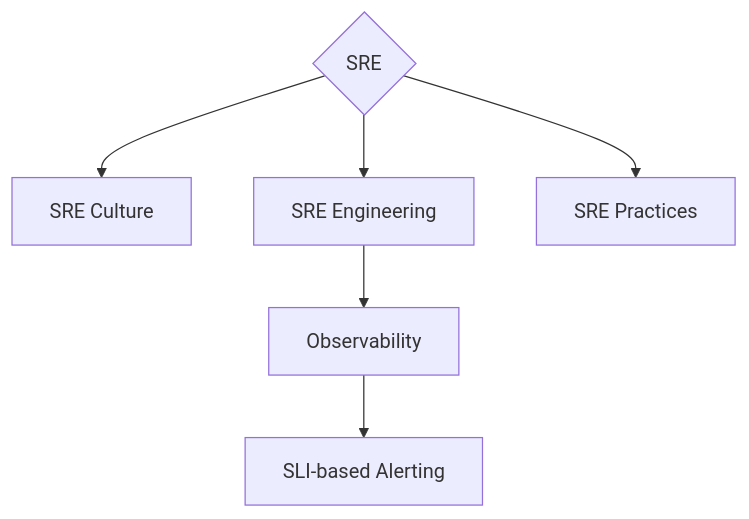
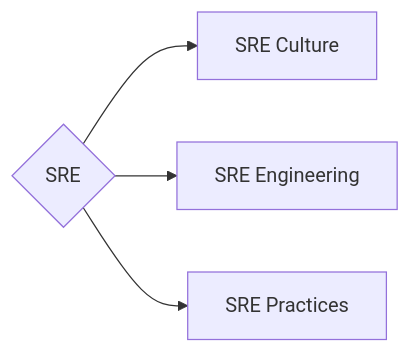
Before and after one commit to jtprogru/The-Way-of-SRE: the diagram in README.md, drawn with Mermaid. The commit also changed other lines of this file, not shown here.

````diff
--- a/README.md
+++ b/README.md
@@ -33,16 +34,11 @@
 ```mermaid
-graph TD
+graph LR
     SRE{SRE}
     SRE --> SRECulture[SRE Culture]
     SRE --> SREEngineering[SRE Engineering]
     SRE --> SREPractices[SRE Practices]
 
-    SREEngineering --> Observability[Observability]
-    Observability --> SLIAlerting[SLI-based Alerting]
-
     click SRECulture "docs/sre-culture.md" "Перейти к SRE Culture"
     click SREEngineering "docs/sre-engineering.md" "Перейти к SRE Engineering"
     click SREPractices "docs/sre-practices.md" "Перейти к SRE Practices"
-    click Observability "docs/sre-engineering.md" "Перейти к Observability"
-    click SLIAlerting "https://jtprogru.github.io/The-Way-of-SRE/leaves/engineering/sli-based-alerting/" "Открыть лист SLI-based Alerting"
 ```
````
